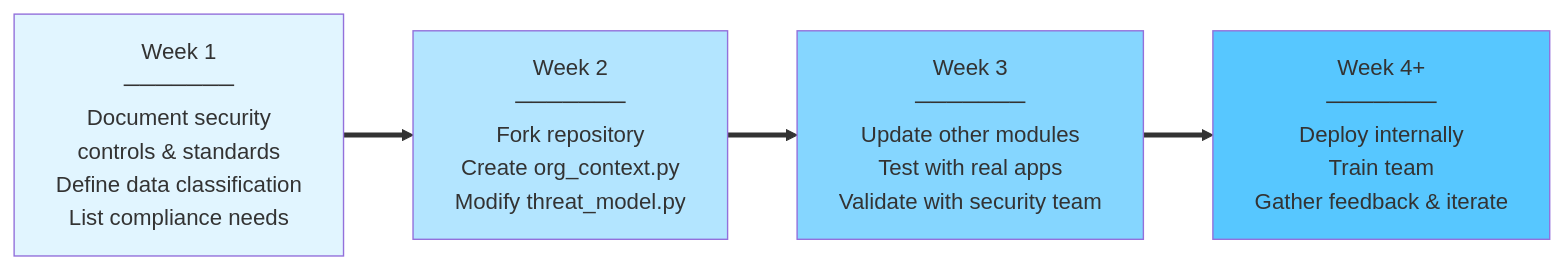
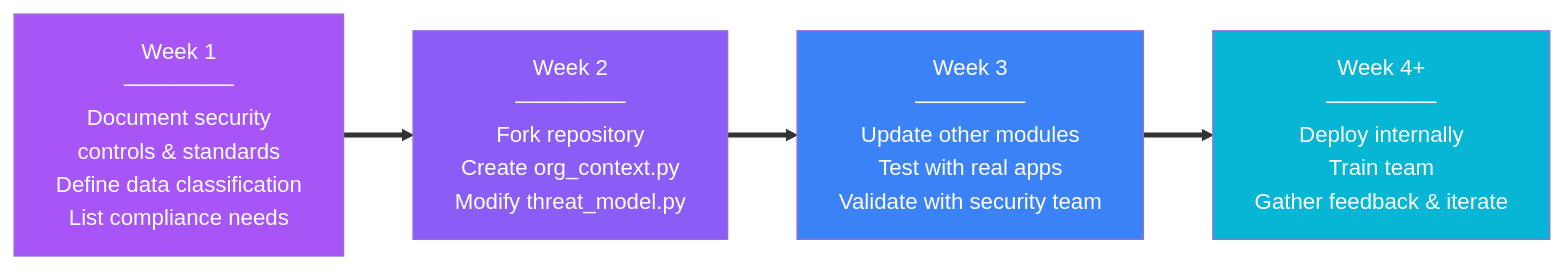
Before and after one commit to mrwadams/stride-gpt: the fourth of 7 diagrams in docs/operationalization-guide.md, drawn with Mermaid. The commit also changed other lines of this file, not shown here.

````diff
--- a/docs/operationalization-guide.md
+++ b/docs/operationalization-guide.md
@@ -120,14 +118,14 @@
 ```mermaid
 graph LR
     W1[Week 1<br/>───────<br/>Document security<br/>controls & standards<br/>Define data classification<br/>List compliance needs]
     W2[Week 2<br/>───────<br/>Fork repository<br/>Create org_context.py<br/>Modify threat_model.py]
     W3[Week 3<br/>───────<br/>Update other modules<br/>Test with real apps<br/>Validate with security team]
     W4[Week 4+<br/>───────<br/>Deploy internally<br/>Train team<br/>Gather feedback & iterate]
 
     W1 ==> W2 ==> W3 ==> W4
 
-    style W1 fill:#e1f5ff
-    style W2 fill:#b3e5ff
-    style W3 fill:#85d6ff
-    style W4 fill:#57c7ff
+    style W1 fill:#A855F7,color:#fff
+    style W2 fill:#8B5CF6,color:#fff
+    style W3 fill:#3B82F6,color:#fff
+    style W4 fill:#06B6D4,color:#fff
 ```
````
